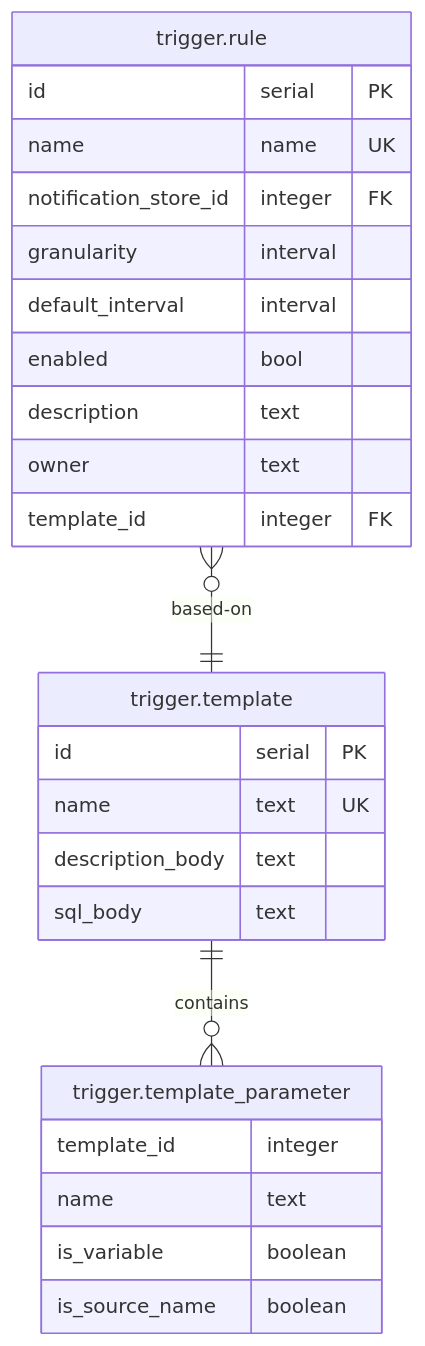
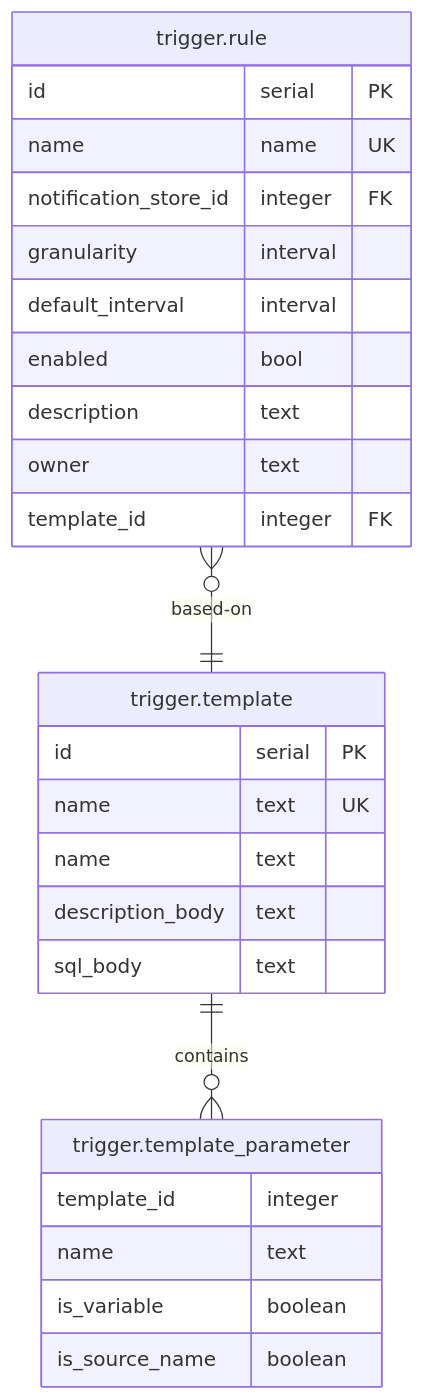
One commit to 1Optic/minerva changed the diagram in documentation/design/src/notification_triggers.md. Above: the diagram before and after it, drawn with Mermaid.

Commit message:
Design template triggers

````diff
--- a/documentation/design/src/notification_triggers.md
+++ b/documentation/design/src/notification_triggers.md
@@ -12,32 +12,33 @@
 ```mermaid
 erDiagram
     "trigger.rule" {
         id serial PK
         name name UK
         notification_store_id integer FK
         granularity interval
         default_interval interval
         enabled bool
         description text
         owner text
         template_id integer FK
     }
 
     "trigger.template" {
         id serial PK
         name text UK
+        name text
         description_body text
         sql_body text
     }
 
 
     "trigger.template_parameter" {
         template_id integer
         name text
         is_variable boolean
         is_source_name boolean
     }
 
     "trigger.rule" }o--|| "trigger.template" : based-on
     "trigger.template" ||--o{ "trigger.template_parameter": contains
 ```
````
